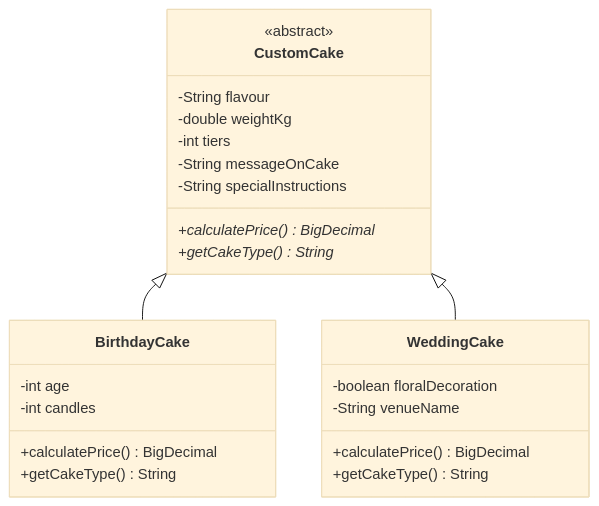
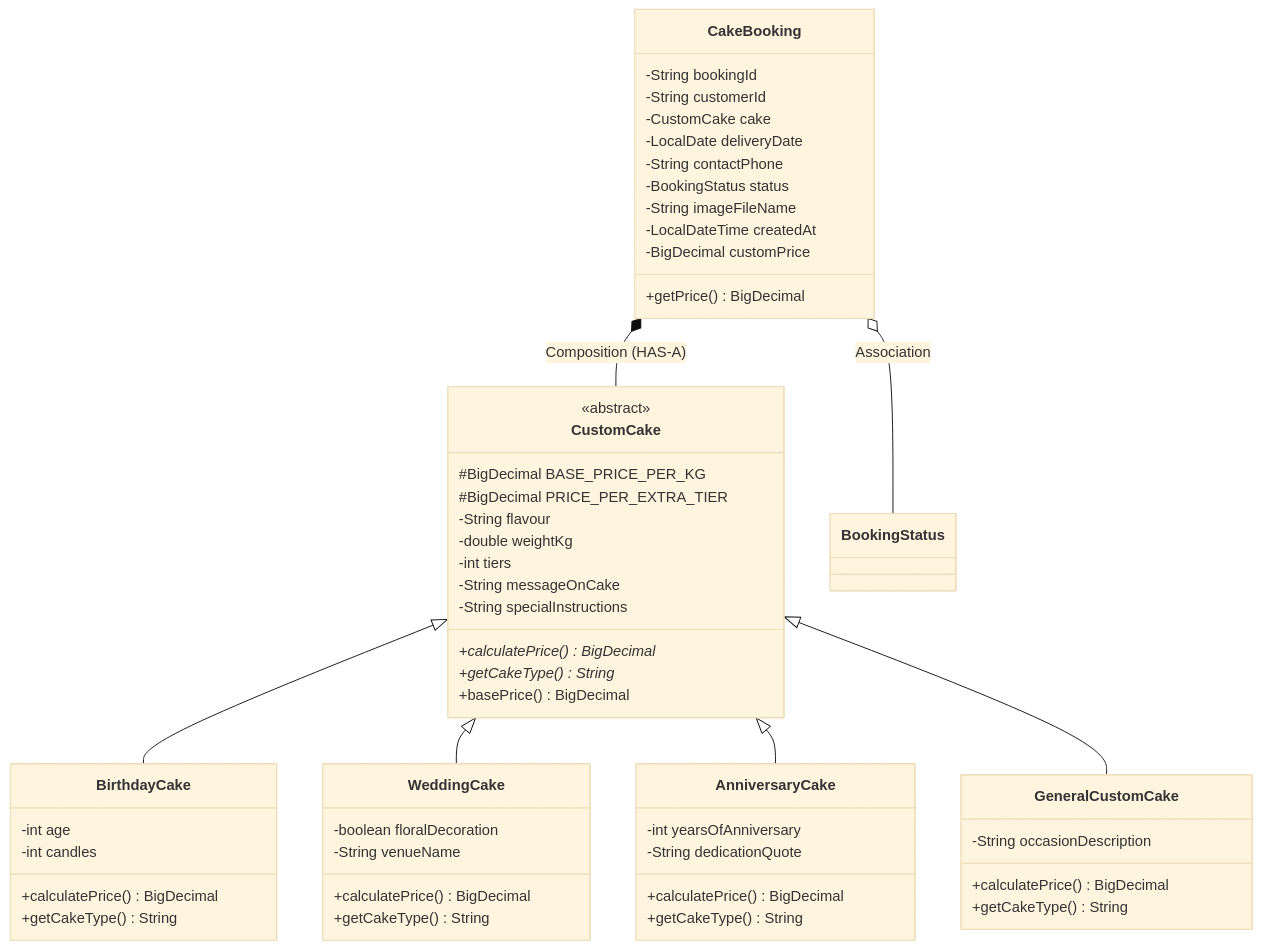
One commit to kalana-karunarathna/bakery-order-management-system changed the diagram in src/main/java/com/bakery/cake/cake-class-diagram.md. Above: the diagram before and after it, drawn with Mermaid (base theme).

Commit message:
docs(diagram): update class diagram with CakeBooking composition and status association

````diff
--- a/src/main/java/com/bakery/cake/cake-class-diagram.md
+++ b/src/main/java/com/bakery/cake/cake-class-diagram.md
@@ -3,30 +3,64 @@
 ```mermaid
 classDiagram
     class CustomCake {
         <<abstract>>
+        #BigDecimal BASE_PRICE_PER_KG
+        #BigDecimal PRICE_PER_EXTRA_TIER
         -String flavour
         -double weightKg
         -int tiers
         -String messageOnCake
         -String specialInstructions
         +calculatePrice()* BigDecimal
         +getCakeType()* String
+        +basePrice() BigDecimal
     }
 
     class BirthdayCake {
         -int age
         -int candles
         +calculatePrice() BigDecimal
         +getCakeType() String
     }
 
     class WeddingCake {
         -boolean floralDecoration
         -String venueName
         +calculatePrice() BigDecimal
         +getCakeType() String
     }
 
+    class AnniversaryCake {
+        -int yearsOfAnniversary
+        -String dedicationQuote
+        +calculatePrice() BigDecimal
+        +getCakeType() String
+    }
+
+    class GeneralCustomCake {
+        -String occasionDescription
+        +calculatePrice() BigDecimal
+        +getCakeType() String
+    }
+
+    class CakeBooking {
+        -String bookingId
+        -String customerId
+        -CustomCake cake
+        -LocalDate deliveryDate
+        -String contactPhone
+        -BookingStatus status
+        -String imageFileName
+        -LocalDateTime createdAt
+        -BigDecimal customPrice
+        +getPrice() BigDecimal
+    }
+
     CustomCake <|-- BirthdayCake
     CustomCake <|-- WeddingCake
+    CustomCake <|-- AnniversaryCake
+    CustomCake <|-- GeneralCustomCake
+
+    CakeBooking *-- CustomCake : Composition (HAS-A)
+    CakeBooking o-- BookingStatus : Association
 ```
````
